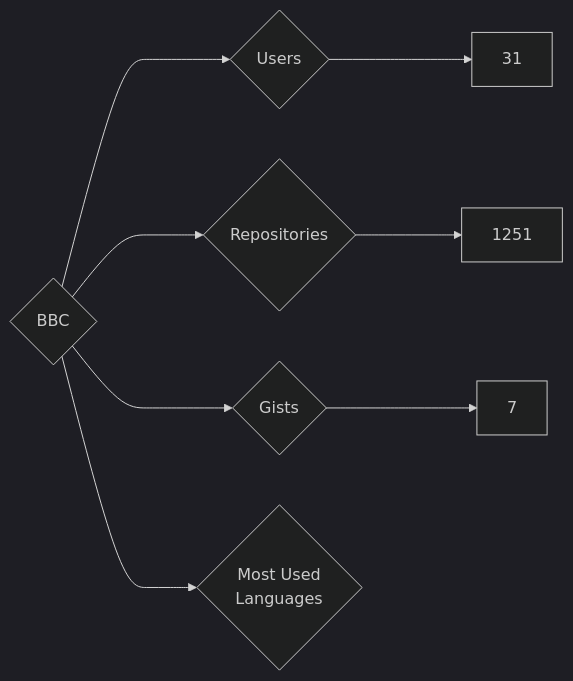
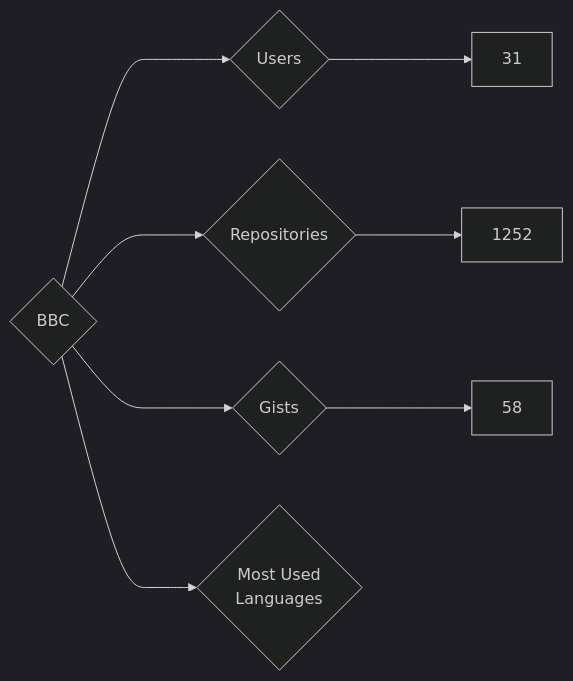
One commit to nenadzaric/insiders changed the diagram in targets/BBC/README.md. Above: the diagram before and after it, drawn with Mermaid (dark theme). The commit also changed 1342 other files, not shown here.

````diff
--- a/targets/BBC/README.md
+++ b/targets/BBC/README.md
@@ -3,8 +3,8 @@
 ```mermaid
 graph LR
 COMPANY_NAME{BBC}
 COMPANY_NAME ---> U{Users} ---> UN[31]
-COMPANY_NAME ---> R{Repositories} ---> RN[1251]
-COMPANY_NAME ---> G{Gists} ---> GN[7]
+COMPANY_NAME ---> R{Repositories} ---> RN[1252]
+COMPANY_NAME ---> G{Gists} ---> GN[58]
 COMPANY_NAME ---> ML{Most Used<br>Languages}
 ```
````
